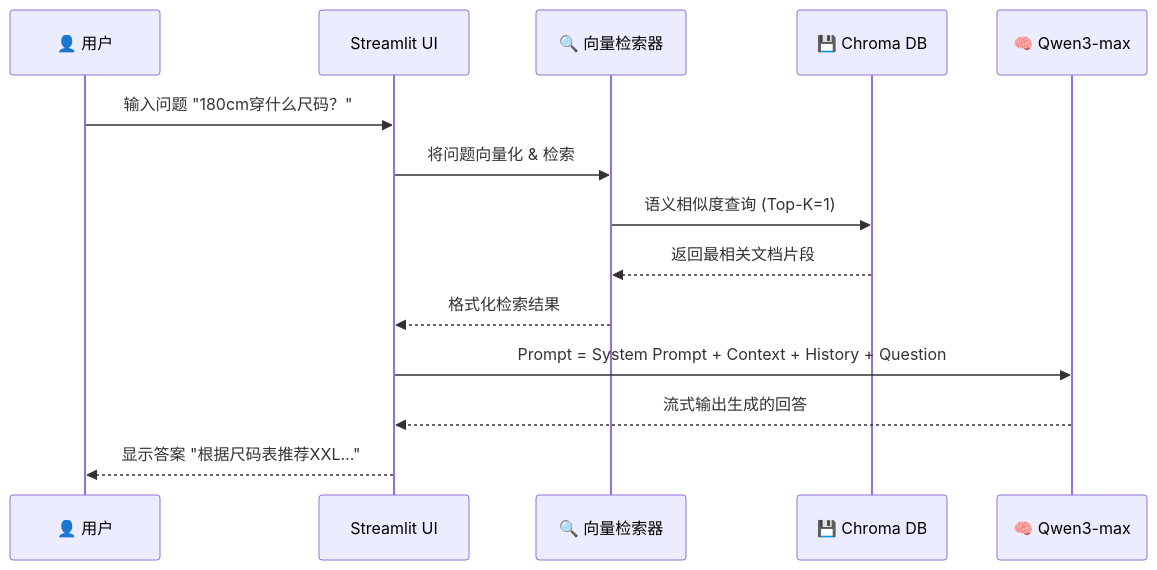
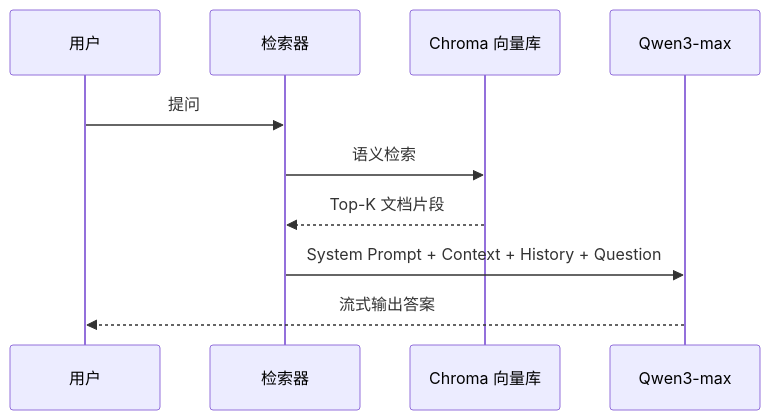
The second of 2 diagrams in README.md (liyeaii/KnowledgeBase-RAG-LLM-System), drawn with Mermaid before and after one commit. The commit also changed other lines of this file, not shown here.

````diff
--- a/README.md
+++ b/README.md
@@ -55,17 +40,13 @@
 ```mermaid
 sequenceDiagram
-    participant User as 👤 用户
-    participant UI as Streamlit UI
-    participant Retriever as 🔍 向量检索器
-    participant Chroma as 💾 Chroma DB
-    participant LLM as 🧠 Qwen3-max
+    participant U as 用户
+    participant R as 检索器
+    participant V as Chroma 向量库
+    participant L as Qwen3-max
 
-    User->>UI: 输入问题 "180cm穿什么尺码？"
-    UI->>Retriever: 将问题向量化 & 检索
-    Retriever->>Chroma: 语义相似度查询 (Top-K=1)
-    Chroma-->>Retriever: 返回最相关文档片段
-    Retriever-->>UI: 格式化检索结果
-    UI->>LLM: Prompt = System Prompt + Context + History + Question
-    LLM-->>UI: 流式输出生成的回答
-    UI-->>User: 显示答案 "根据尺码表推荐XXL..."
+    U->>R: 提问
+    R->>V: 语义检索
+    V-->>R: Top-K 文档片段
+    R->>L: System Prompt + Context + History + Question
+    L-->>U: 流式输出答案
 ```
````
